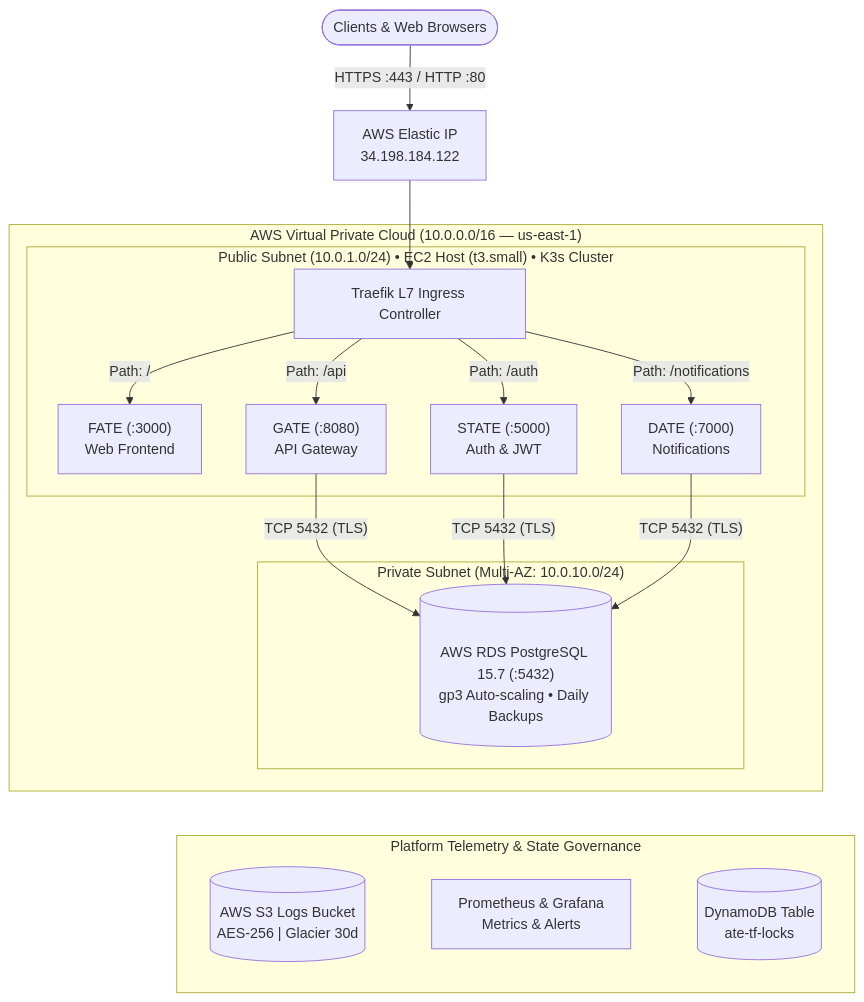
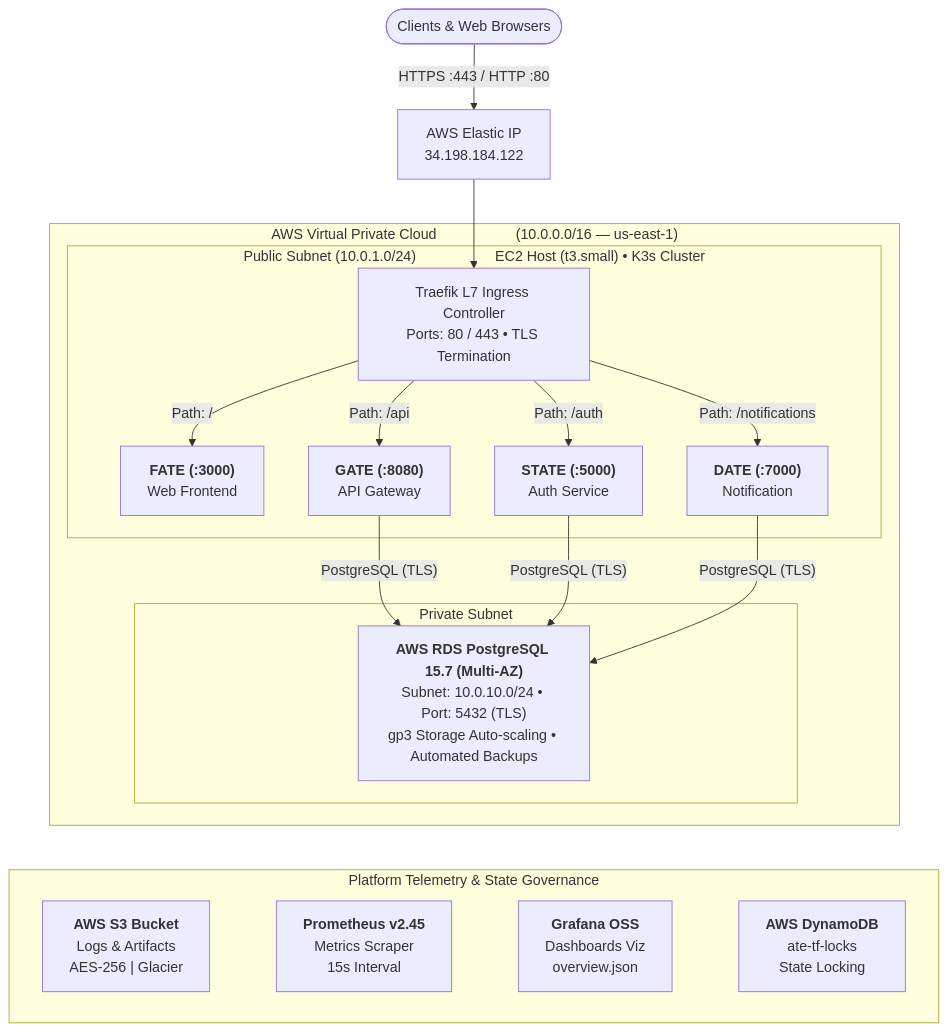
One commit to manveer-syan/k3s-opentofu-production-boilerplate changed the first of 2 diagrams in README.md. Above: the diagram before and after it, drawn with Mermaid.

Commit message:
docs: align architecture diagram blocks, labels, and 4-column grid symmetry

````diff
--- a/README.md
+++ b/README.md
@@ -44,29 +44,35 @@
 ```mermaid
 flowchart TD
     Client([Clients & Web Browsers]) -->|"HTTPS :443 / HTTP :80"| EIP["AWS Elastic IP<br/>34.198.184.122"]
-    EIP --> Traefik["Traefik L7 Ingress Controller"]
+    EIP --> Traefik["Traefik L7 Ingress Controller<br/>Ports: 80 / 443 &bull; TLS Termination"]
 
-    subgraph VPC ["AWS Virtual Private Cloud (10.0.0.0/16 — us-east-1)"]
-        subgraph PublicSubnet ["Public Subnet (10.0.1.0/24) &bull; EC2 Host (t3.small) &bull; K3s Cluster"]
-            Traefik -->|"Path: /"| FATE["FATE (:3000)<br/>Web Frontend"]
-            Traefik -->|"Path: /api"| GATE["GATE (:8080)<br/>API Gateway"]
-            Traefik -->|"Path: /auth"| STATE["STATE (:5000)<br/>Auth & JWT"]
-            Traefik -->|"Path: /notifications"| DATE["DATE (:7000)<br/>Notifications"]
+    subgraph VPC ["AWS Virtual Private Cloud&nbsp;&nbsp;&nbsp;&nbsp;&nbsp;&nbsp;&nbsp;&nbsp;&nbsp;&nbsp;&nbsp;&nbsp;&nbsp;&nbsp;&nbsp;&nbsp;&nbsp;&nbsp;&nbsp;&nbsp;(10.0.0.0/16 — us-east-1)"]
+        subgraph PublicSubnet ["Public Subnet (10.0.1.0/24)&nbsp;&nbsp;&nbsp;&nbsp;&nbsp;&nbsp;&nbsp;&nbsp;&nbsp;&nbsp;&nbsp;&nbsp;&nbsp;&nbsp;&nbsp;&nbsp;&nbsp;&nbsp;&nbsp;&nbsp;EC2 Host (t3.small) &bull; K3s Cluster"]
+            Traefik -->|"Path: /"| FATE["<b>FATE (:3000)</b><br/>Web Frontend"]
+            Traefik -->|"Path: /api"| GATE["<b>GATE (:8080)</b><br/>API Gateway"]
+            Traefik -->|"Path: /auth"| STATE["<b>STATE (:5000)</b><br/>Auth Service"]
+            Traefik -->|"Path: /notifications"| DATE["<b>DATE (:7000)</b><br/>Notification"]
         end
 
-        subgraph PrivateSubnet ["Private Subnet (Multi-AZ: 10.0.10.0/24)"]
-            RDS[("<br/>AWS RDS PostgreSQL 15.7 (:5432)<br/>gp3 Auto-scaling &bull; Daily Backups")]
+        subgraph PrivateSubnet ["Private Subnet"]
+            RDS["<b>AWS RDS PostgreSQL 15.7 (Multi-AZ)</b><br/>Subnet: 10.0.10.0/24 &bull; Port: 5432 (TLS)<br/>gp3 Storage Auto-scaling &bull; Automated Backups"]
         end
 
-        GATE -->|"TCP 5432 (TLS)"| RDS
-        STATE -->|"TCP 5432 (TLS)"| RDS
-        DATE -->|"TCP 5432 (TLS)"| RDS
+        FATE ~~~ RDS
+        GATE -->|"PostgreSQL (TLS)"| RDS
+        STATE -->|"PostgreSQL (TLS)"| RDS
+        DATE -->|"PostgreSQL (TLS)"| RDS
     end
 
     subgraph Platform ["Platform Telemetry & State Governance"]
         direction LR
-        S3[("AWS S3 Logs Bucket<br/>AES-256 | Glacier 30d")] ~~~ Obs["Prometheus & Grafana<br/>Metrics & Alerts"] ~~~ DynamoDB[("DynamoDB Table<br/>ate-tf-locks")]
+        S3["<b>AWS S3 Bucket</b><br/>Logs & Artifacts<br/>AES-256 | Glacier"]
+        Prom["<b>Prometheus v2.45</b><br/>Metrics Scraper<br/>15s Interval"]
+        Graf["<b>Grafana OSS</b><br/>Dashboards Viz<br/>overview.json"]
+        Dynamo["<b>AWS DynamoDB</b><br/>ate-tf-locks<br/>State Locking"]
+
+        S3 ~~~ Prom ~~~ Graf ~~~ Dynamo
     end
 
     PrivateSubnet ~~~ Platform
 ```
````
